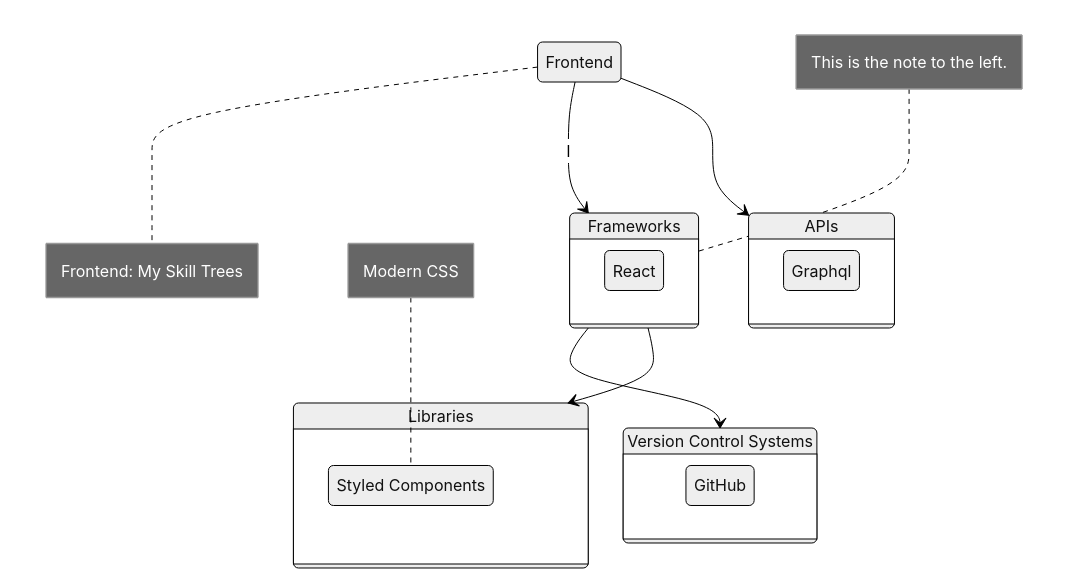
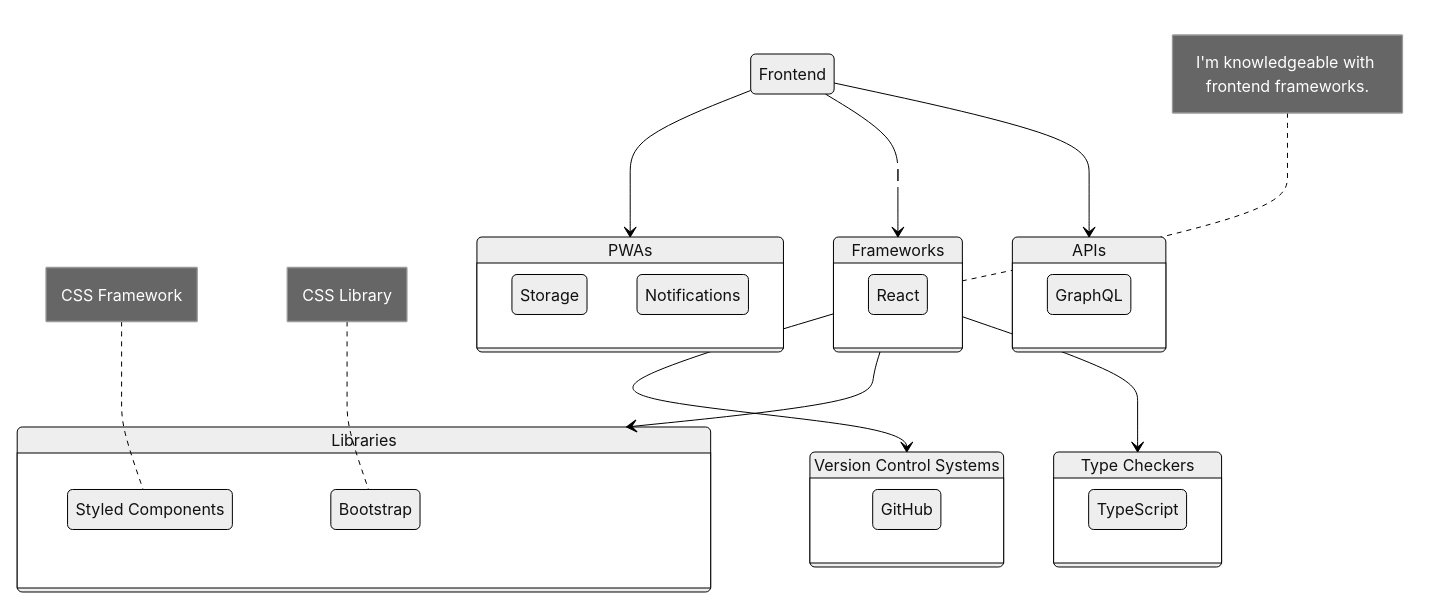
One commit to farunurisonmez/farunurisonmez changed the second of 2 diagrams in README.md. Above: the diagram before and after it, drawn with Mermaid (neutral theme). The commit also changed other lines of this file, not shown here.

````diff
--- a/README.md
+++ b/README.md
@@ -44,26 +28,34 @@
 ```mermaid
   stateDiagram-v2
-    Frontend
-      note right of Frontend
-        Frontend: My Skill Trees
-      end note
+    Frontend --> PWAs
+      state PWAs {
+        Storage
+        Notifications
+      }
     Frontend --> Frameworks:l
-      note left of Frameworks : This is the note to the left.
+      note left of Frameworks : I'm knowledgeable with frontend frameworks.
       state Frameworks {
         React
       }
     VersionControlSystems: Version Control Systems
     Frameworks --> VersionControlSystems
       state VersionControlSystems {
         GitHub
       }
     Frontend --> APIs
       state APIs {
-        Graphql: Graphql
+        Graphql: GraphQL
       }
     Frameworks --> Libraries
       state Libraries {
         StyledComponents: Styled Components
-        note left of StyledComponents : Modern CSS
+        note left of StyledComponents : CSS Framework
+        Bootstrap: Bootstrap
+        note left of Bootstrap : CSS Library
+      }
+    TypeCheckers:Type Checkers
+    Frameworks --> TypeCheckers
+       state TypeCheckers {
+        TypeScript: TypeScript
       }
 ```
````
